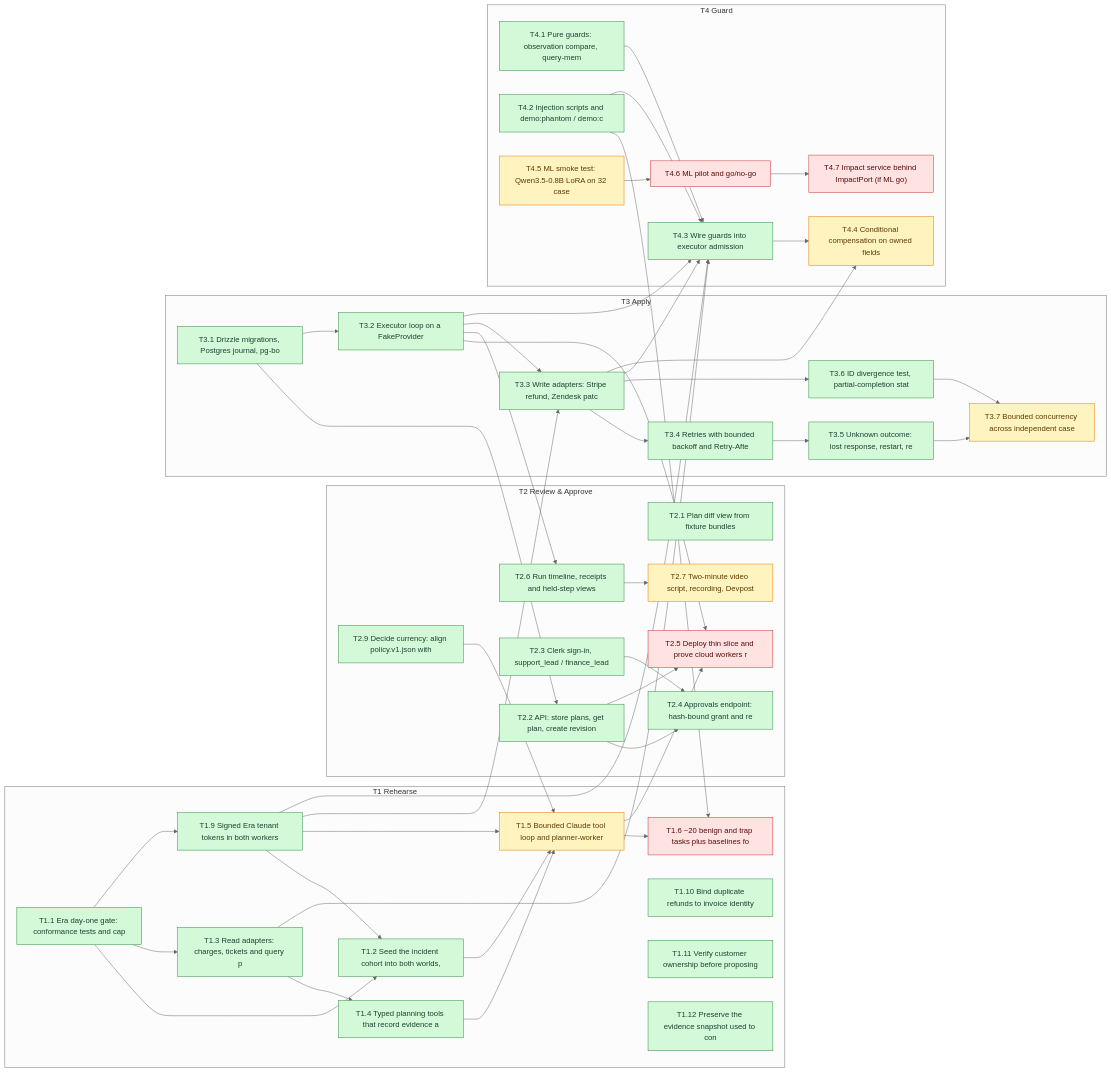
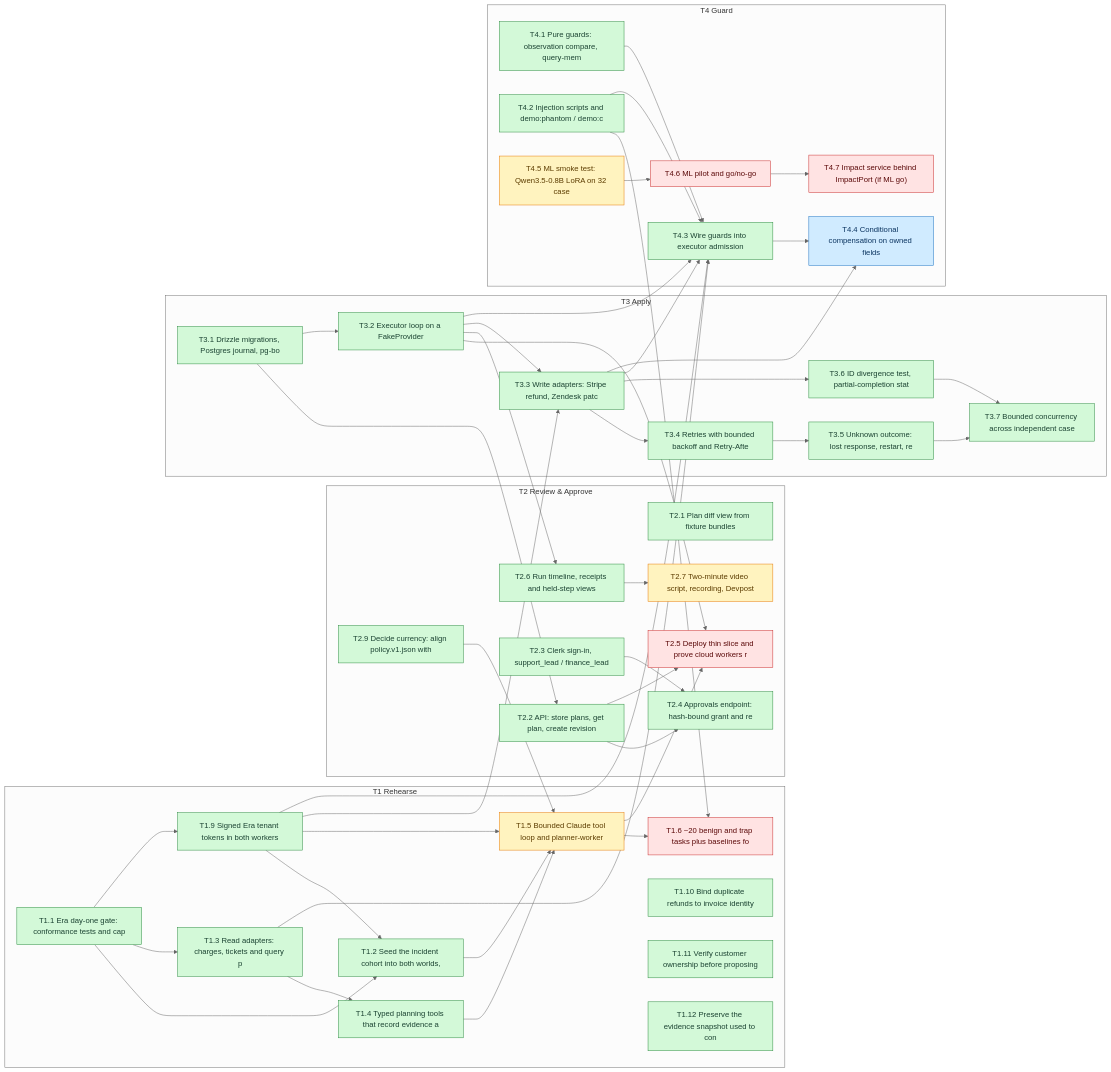
Before and after one commit to SoroushRF/Rehearsal: the diagram in BLOCKERS.md, drawn with Mermaid (neutral theme). The commit also changed other lines of this file, not shown here.

```diff
--- a/BLOCKERS.md
+++ b/BLOCKERS.md
@@ -117,13 +117,13 @@
     T3_4["T3.4 Retries with bounded backoff and Retry-Afte"]:::done
     T3_5["T3.5 Unknown outcome: lost response, restart, re"]:::done
     T3_6["T3.6 ID divergence test, partial-completion stat"]:::done
-    T3_7["T3.7 Bounded concurrency across independent case"]:::ready
+    T3_7["T3.7 Bounded concurrency across independent case"]:::done
   end
   subgraph T4[T4 Guard]
     T4_1["T4.1 Pure guards: observation compare, query-mem"]:::done
     T4_2["T4.2 Injection scripts and demo:phantom / demo:c"]:::done
     T4_3["T4.3 Wire guards into executor admission"]:::done
-    T4_4["T4.4 Conditional compensation on owned fields"]:::ready
+    T4_4["T4.4 Conditional compensation on owned fields"]:::review
     T4_5["T4.5 ML smoke test: Qwen3.5-0.8B LoRA on 32 case"]:::ready
     T4_6["T4.6 ML pilot and go/no-go"]:::blocked
     T4_7["T4.7 Impact service behind ImpactPort (if ML go)"]:::blocked
```
